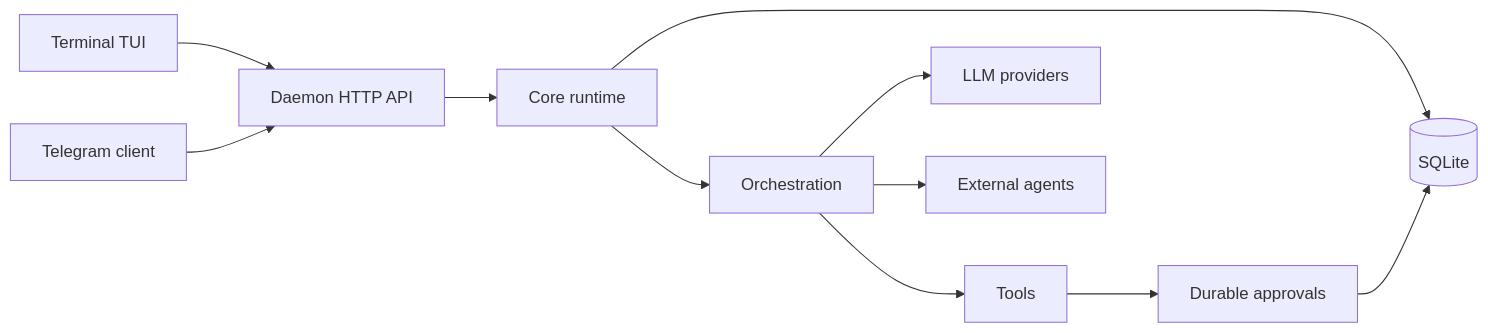
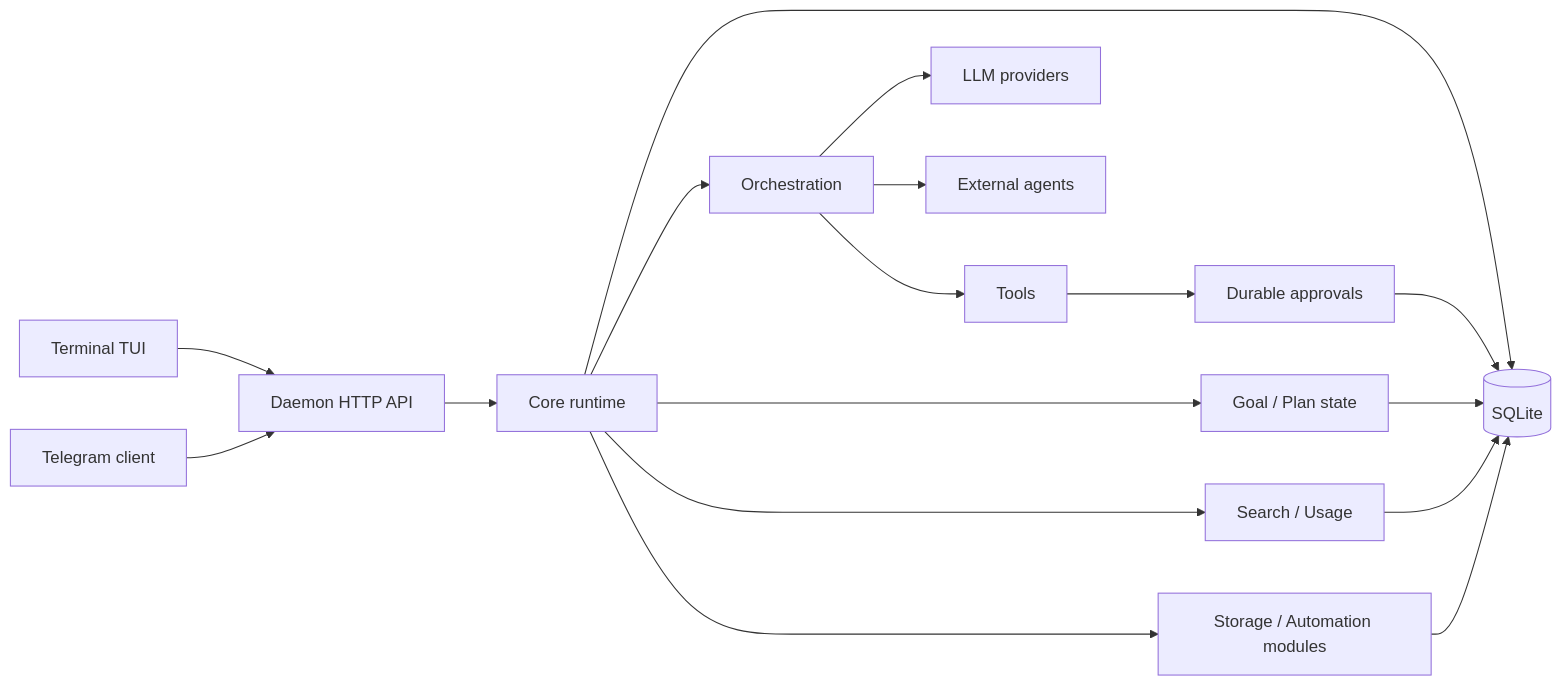
The second of 2 diagrams in README.md (Suren878/matrixclaw), drawn with Mermaid before and after one commit. The commit also changed other lines of this file and 83 other files, not shown here.

````diff
--- a/README.md
+++ b/README.md
@@ -197,13 +267,19 @@
 ```mermaid
 flowchart LR
     TUI[Terminal TUI] --> API[Daemon HTTP API]
     TG[Telegram client] --> API
     API --> CORE[Core runtime]
     CORE --> STORE[(SQLite)]
     CORE --> ORCH[Orchestration]
     ORCH --> PROVIDERS[LLM providers]
     ORCH --> AGENTS[External agents]
     ORCH --> TOOLS[Tools]
     TOOLS --> APPROVALS[Durable approvals]
     APPROVALS --> STORE
+    CORE --> PLAN[Goal / Plan state]
+    CORE --> SEARCH[Search / Usage]
+    CORE --> MODULES[Storage / Automation modules]
+    PLAN --> STORE
+    SEARCH --> STORE
+    MODULES --> STORE
 ```
````
